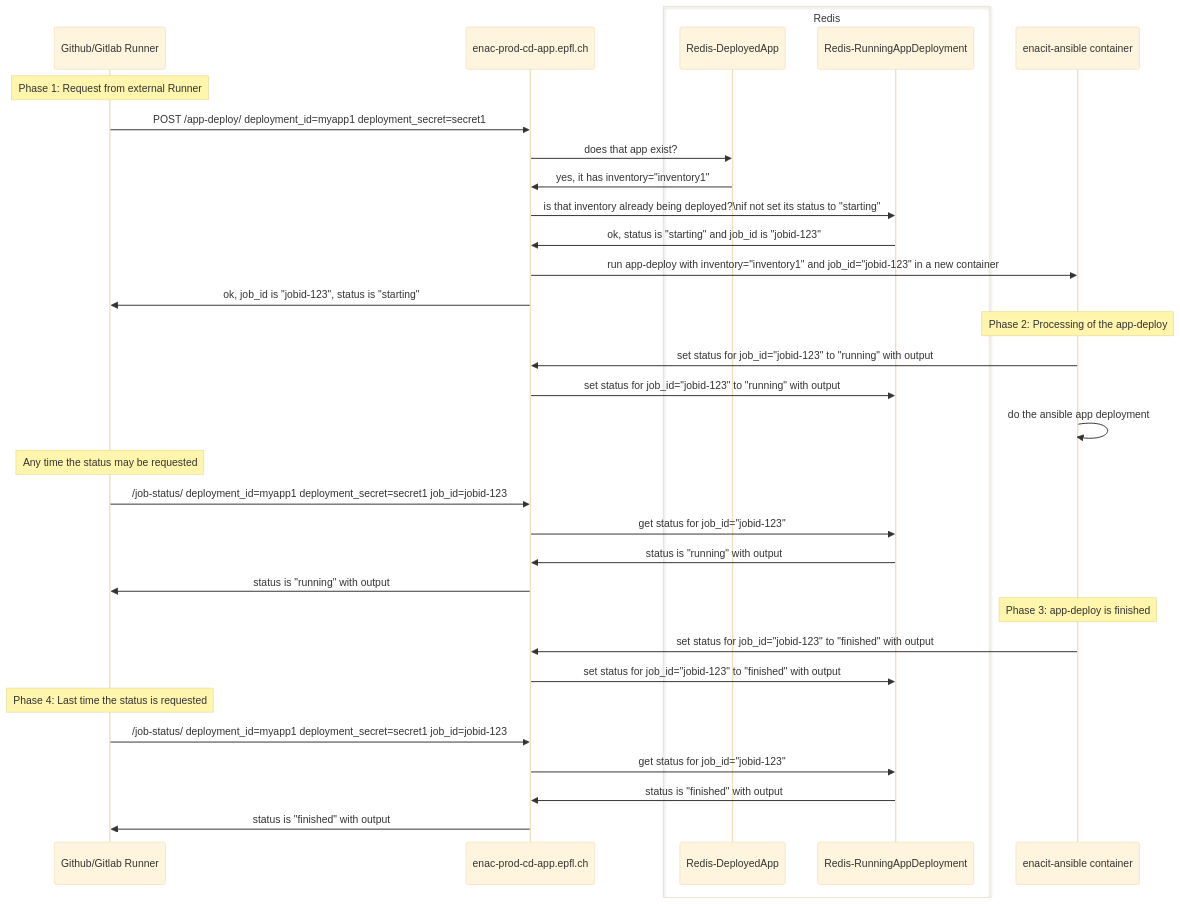
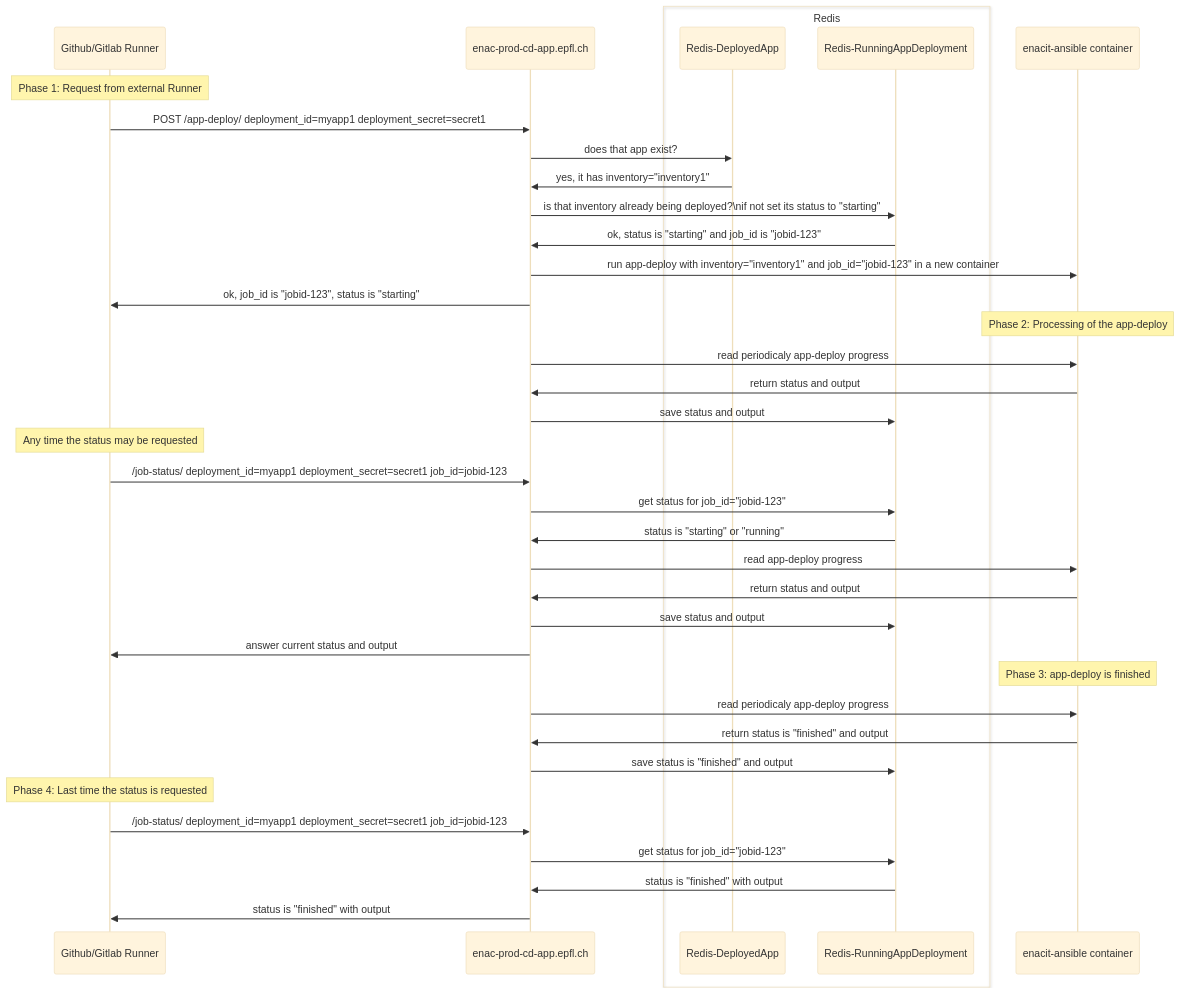
One commit to EPFL-ENAC/enac-cd-app changed the first of 2 diagrams in README.md. Above: the diagram before and after it, drawn with Mermaid (base theme).

Commit message:
docs(README.md): fix workflow to latest strategy

````diff
--- a/README.md
+++ b/README.md
@@ -7,42 +7,46 @@
 ```mermaid
 sequenceDiagram
     participant GHR as Github/Gitlab Runner
     participant CD as enac-prod-cd-app.epfl.ch
     box Redis
     participant R-App as Redis-DeployedApp
     participant R-Running as Redis-RunningAppDeployment
     end
     participant enacit-ansible as enacit-ansible container
 
     Note over GHR: Phase 1: Request from external Runner
 
     GHR->>CD: POST /app-deploy/ deployment_id=myapp1 deployment_secret=secret1
     CD->>R-App: does that app exist?
     R-App->>CD: yes, it has inventory="inventory1"
     CD->>R-Running: is that inventory already being deployed?\nif not set its status to "starting"
     R-Running->>CD: ok, status is "starting" and job_id is "jobid-123"
     CD->>enacit-ansible: run app-deploy with inventory="inventory1" and job_id="jobid-123" in a new container
     CD->>GHR: ok, job_id is "jobid-123", status is "starting"
 
     Note over enacit-ansible: Phase 2: Processing of the app-deploy
-    enacit-ansible->>CD: set status for job_id="jobid-123" to "running" with output
-    CD->>R-Running: set status for job_id="jobid-123" to "running" with output
-    enacit-ansible->>enacit-ansible: do the ansible app deployment
+    CD->>enacit-ansible: read periodicaly app-deploy progress
+    enacit-ansible->>CD: return status and output
+    CD->>R-Running: save status and output
 
     Note over GHR: Any time the status may be requested
     GHR->>CD: /job-status/ deployment_id=myapp1 deployment_secret=secret1 job_id=jobid-123
     CD->>R-Running: get status for job_id="jobid-123"
-    R-Running->>CD: status is "running" with output
-    CD->>GHR: status is "running" with output
+    R-Running->>CD: status is "starting" or "running"
+    CD->>enacit-ansible: read app-deploy progress
+    enacit-ansible->>CD: return status and output
+    CD->>R-Running: save status and output
+    CD->>GHR: answer current status and output
 
     Note over enacit-ansible: Phase 3: app-deploy is finished
-    enacit-ansible->>CD: set status for job_id="jobid-123" to "finished" with output
-    CD->>R-Running: set status for job_id="jobid-123" to "finished" with output
+    CD->>enacit-ansible: read periodicaly app-deploy progress
+    enacit-ansible->>CD: return status is "finished" and output
+    CD->>R-Running: save status is "finished" and output
 
     Note over GHR: Phase 4: Last time the status is requested
     GHR->>CD: /job-status/ deployment_id=myapp1 deployment_secret=secret1 job_id=jobid-123
     CD->>R-Running: get status for job_id="jobid-123"
     R-Running->>CD: status is "finished" with output
     CD->>GHR: status is "finished" with output
 
 ```
````
